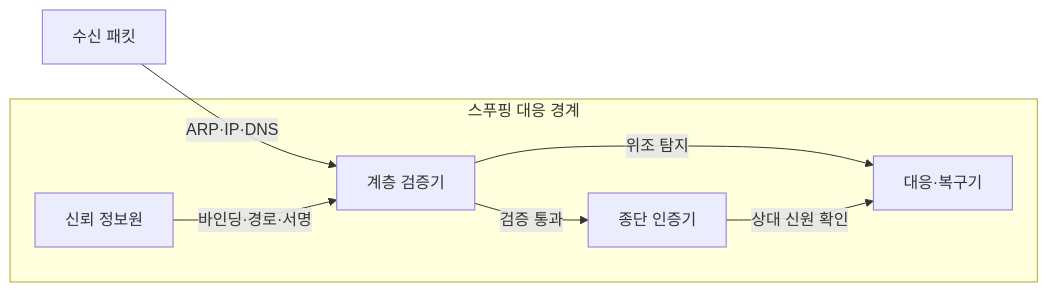
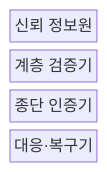
One commit to agnusdei1207/knowledge-base changed the first of 2 diagrams in src/content/docs/notes/04-network/086_network_spoofing.md. Above: the diagram before and after it, drawn with Mermaid. The commit also changed other lines of this file and 4 other files, not shown here.

````diff
--- a/src/content/docs/notes/04-network/086_network_spoofing.md
+++ b/src/content/docs/notes/04-network/086_network_spoofing.md
@@ -54,10 +54,8 @@
 ```mermaid
-flowchart LR
-    C["수신 패킷"] -->|ARP·IP·DNS| B
-    subgraph S[스푸핑 대응 경계]
-        A["신뢰 정보원"] -->|바인딩·경로·서명| B["계층 검증기"]
-        B -->|검증 통과| D["종단 인증기"]
-        B -->|위조 탐지| E["대응·복구기"]
-        D -->|상대 신원 확인| E
-    end
+block-beta
+    columns 1
+    SOURCE["신뢰 정보원"]
+    LAYER["계층 검증기"]
+    ENDPOINT["종단 인증기"]
+    RECOVERY["대응·복구기"]
 ```
````
